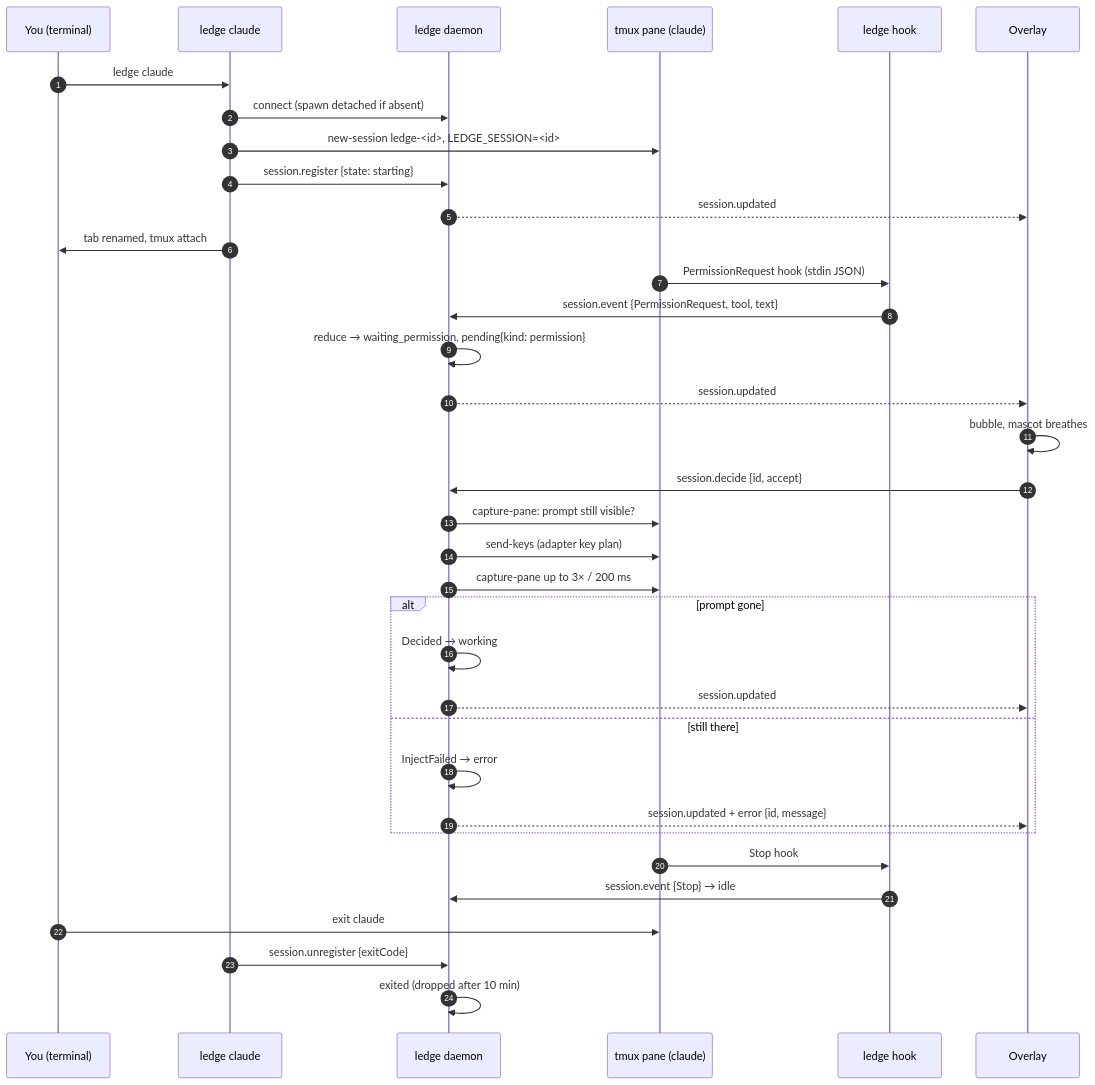
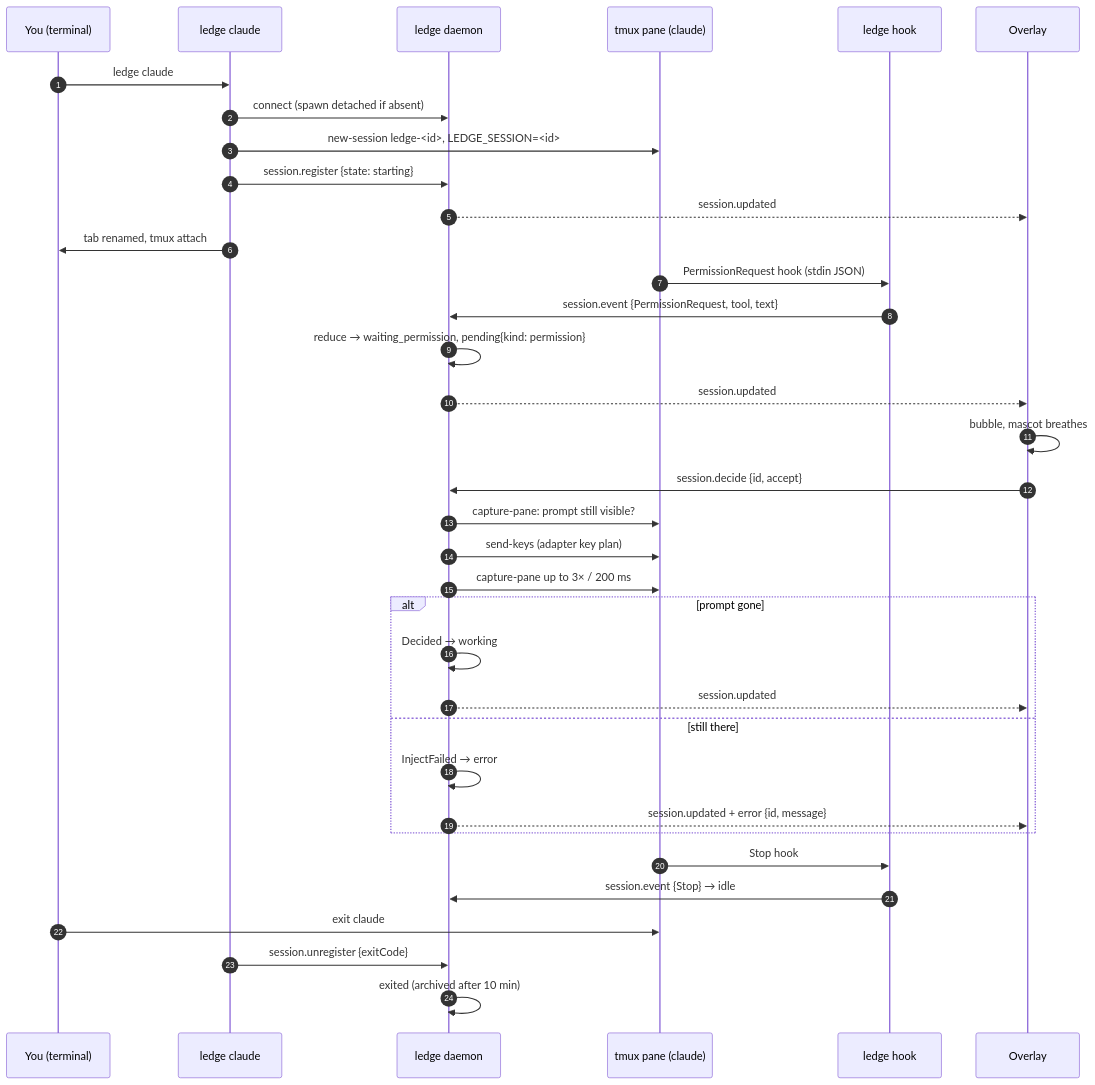
One commit to Lyssaen/ledge changed the second of 2 diagrams in README.md. Above: the diagram before and after it, drawn with Mermaid. The commit also changed other lines of this file, not shown here.

````diff
--- a/README.md
+++ b/README.md
@@ -139,41 +144,41 @@
 ```mermaid
 sequenceDiagram
   autonumber
   participant U as You (terminal)
   participant L as ledge claude
   participant D as ledge daemon
   participant T as tmux pane (claude)
   participant H as ledge hook
   participant O as Overlay
 
   U->>L: ledge claude
   L->>D: connect (spawn detached if absent)
   L->>T: new-session ledge-<id>, LEDGE_SESSION=<id>
   L->>D: session.register {state: starting}
   D-->>O: session.updated
   L->>U: tab renamed, tmux attach
 
   T->>H: PermissionRequest hook (stdin JSON)
   H->>D: session.event {PermissionRequest, tool, text}
   D->>D: reduce → waiting_permission, pending{kind: permission}
   D-->>O: session.updated
   O->>O: bubble, mascot breathes
 
   O->>D: session.decide {id, accept}
   D->>T: capture-pane: prompt still visible?
   D->>T: send-keys (adapter key plan)
   D->>T: capture-pane up to 3× / 200 ms
   alt prompt gone
     D->>D: Decided → working
     D-->>O: session.updated
   else still there
     D->>D: InjectFailed → error
     D-->>O: session.updated + error {id, message}
   end
 
   T->>H: Stop hook
   H->>D: session.event {Stop} → idle
   U->>T: exit claude
   L->>D: session.unregister {exitCode}
-  D->>D: exited (dropped after 10 min)
+  D->>D: exited (archived after 10 min)
 ```
````
